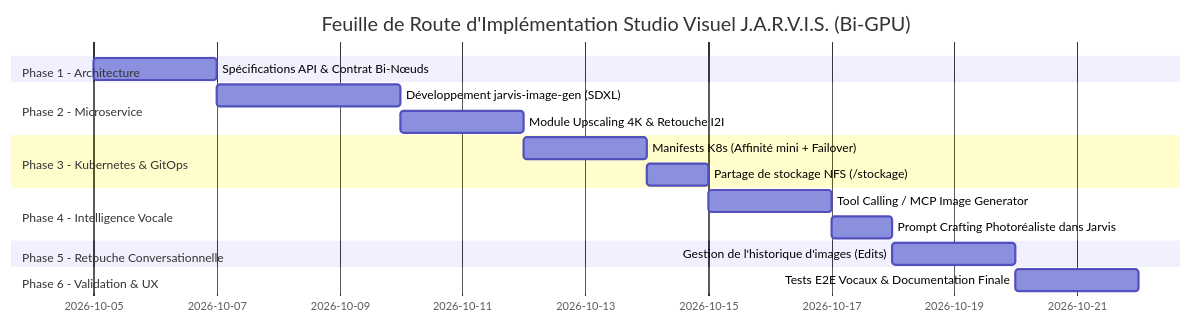
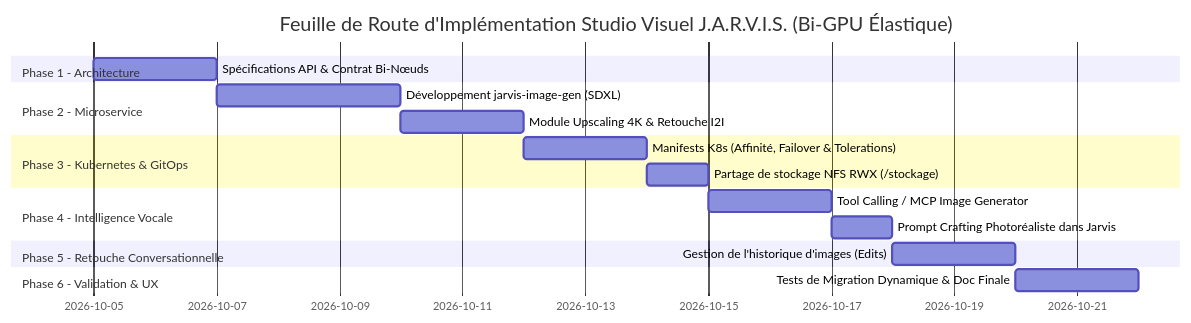
The third of 3 diagrams in projetimage.md (xelnagas/argocd-IA-local), drawn with Mermaid before and after one commit. The commit also changed other lines of this file, not shown here.

Commit message:
docs: ajout du mecanisme de migration dynamique des pods GPU inter-noeuds dans projetimage.md

````diff
--- a/projetimage.md
+++ b/projetimage.md
@@ -168,20 +223,20 @@
 ```mermaid
 gantt
-    title Feuille de Route d'Implémentation Studio Visuel J.A.R.V.I.S. (Bi-GPU)
+    title Feuille de Route d'Implémentation Studio Visuel J.A.R.V.I.S. (Bi-GPU Élastique)
     dateFormat  YYYY-MM-DD
     section Phase 1 - Architecture
     Spécifications API & Contrat Bi-Nœuds       :p1_1, 2026-10-05, 2d
     section Phase 2 - Microservice
     Développement jarvis-image-gen (SDXL)       :p2_1, 2026-10-07, 3d
     Module Upscaling 4K & Retouche I2I         :p2_2, after p2_1, 2d
     section Phase 3 - Kubernetes & GitOps
-    Manifests K8s (Affinité mini + Failover)   :p3_1, after p2_2, 2d
-    Partage de stockage NFS (/stockage)         :p3_2, after p3_1, 1d
+    Manifests K8s (Affinité, Failover & Tolerations) :p3_1, after p2_2, 2d
+    Partage de stockage NFS RWX (/stockage)     :p3_2, after p3_1, 1d
     section Phase 4 - Intelligence Vocale
     Tool Calling / MCP Image Generator          :p4_1, after p3_2, 2d
     Prompt Crafting Photoréaliste dans Jarvis   :p4_2, after p4_1, 1d
     section Phase 5 - Retouche Conversationnelle
     Gestion de l'historique d'images (Edits)    :p5_1, after p4_2, 2d
     section Phase 6 - Validation & UX
-    Tests E2E Vocaux & Documentation Finale     :p6_1, after p5_1, 2d
+    Tests de Migration Dynamique & Doc Finale   :p6_1, after p5_1, 2d
 ```
````
